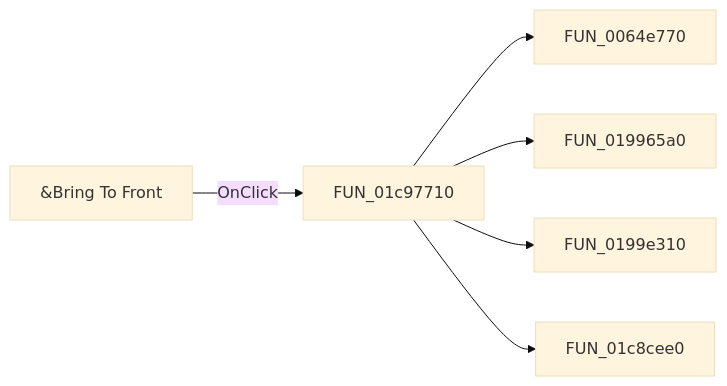
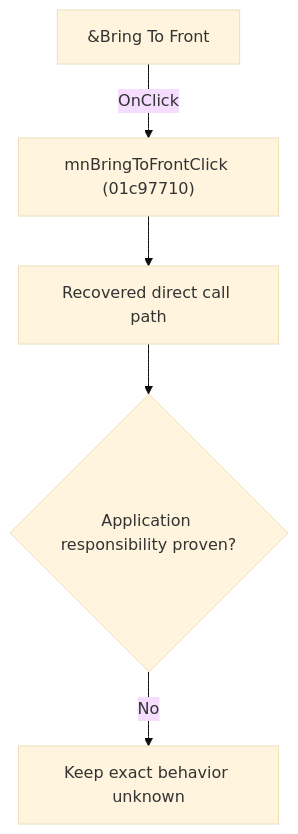
One commit to MovGP0/TIARA changed the diagram in docs/ui-controls/schematiceditor/mnbringtofront-29e0666743.md. Above: the diagram before and after it, drawn with Mermaid (base theme). The commit also changed other lines of this file and 1062 other files, not shown here.

````diff
--- a/docs/ui-controls/schematiceditor/mnbringtofront-29e0666743.md
+++ b/docs/ui-controls/schematiceditor/mnbringtofront-29e0666743.md
@@ -27,8 +27,7 @@
 ```mermaid
-flowchart LR
-    control["&Bring To Front"] -->|OnClick| handler["FUN_01c97710"]
-    handler --> call1["FUN_0064e770"]
-    handler --> call2["FUN_019965a0"]
-    handler --> call3["FUN_0199e310"]
-    handler --> call4["FUN_01c8cee0"]
+flowchart TD
+    control["&Bring To Front"] -->|"OnClick"| handler["mnBringToFrontClick (01c97710)"]
+    handler --> recovered["Recovered direct call path"]
+    recovered --> gap{"Application responsibility proven?"}
+    gap -->|"No"| blocked["Keep exact behavior unknown"]
 ```
````
